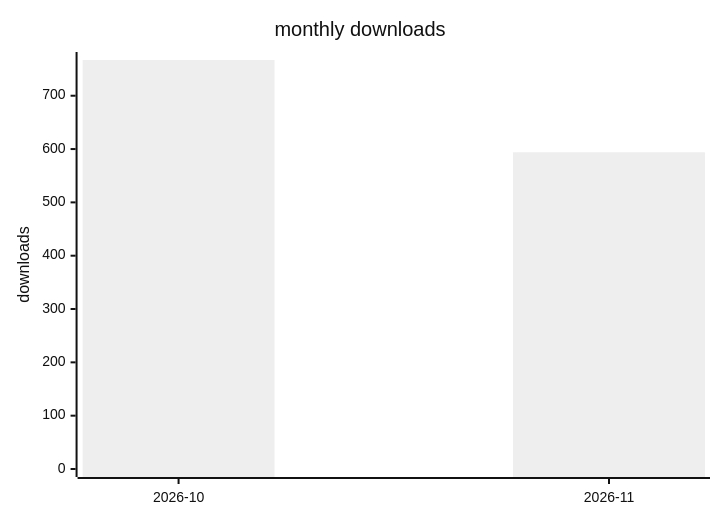
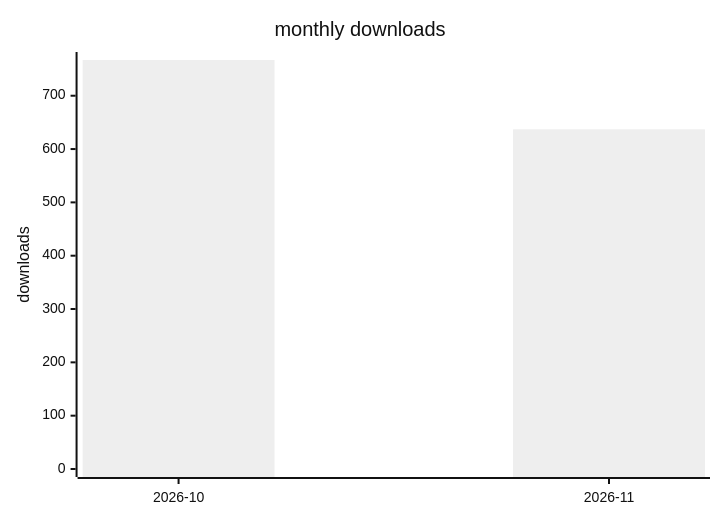
The second of 2 diagrams in docs/downloads-2026.md (terry2010/opencode-loop-recover), drawn with Mermaid (neutral theme) before and after one commit. The commit also changed other lines of this file and 1 other file, not shown here.

````diff
--- a/docs/downloads-2026.md
+++ b/docs/downloads-2026.md
@@ -29,7 +29,7 @@
 ```mermaid
 xychart-beta
     title "monthly downloads"
     x-axis ["2026-10", "2026-11"]
     y-axis "downloads" 0 --> 767
-    bar [767, 594]
+    bar [767, 637]
 ```
````
